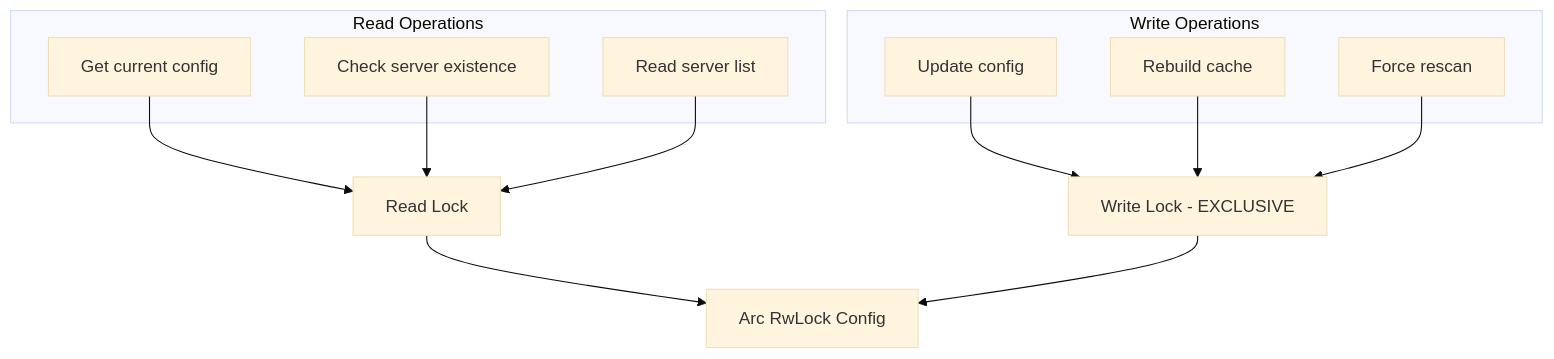
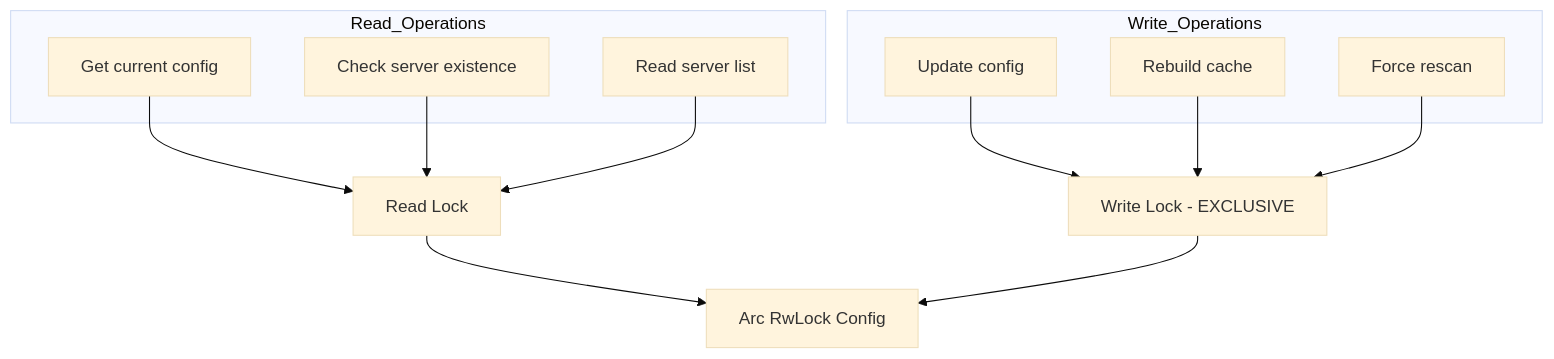
One commit to Lighty-Launcher/LightyUpdater changed the tenth of 10 diagrams in crates/watcher/docs/architecture.md. Above: the diagram before and after it, drawn with Mermaid (base theme). The commit also changed other lines of this file and 31 other files, not shown here.

Commit message:
edit mermaid in docs

````diff
--- a/crates/watcher/docs/architecture.md
+++ b/crates/watcher/docs/architecture.md
@@ -364,26 +364,26 @@
 ```mermaid
 graph TB
-    subgraph "Read Operations"
+    subgraph Read_Operations
         R1[Get current config]
         R2[Check server existence]
         R3[Read server list]
     end
 
-    subgraph "Write Operations"
+    subgraph Write_Operations
         W1[Update config]
         W2[Rebuild cache]
         W3[Force rescan]
     end
 
     RwLock[Arc RwLock Config]
 
     R1 --> ReadLock[Read Lock]
     R2 --> ReadLock
     R3 --> ReadLock
     ReadLock --> RwLock
 
     W1 --> WriteLock[Write Lock - EXCLUSIVE]
     W2 --> WriteLock
     W3 --> WriteLock
     WriteLock --> RwLock
 ```
````
